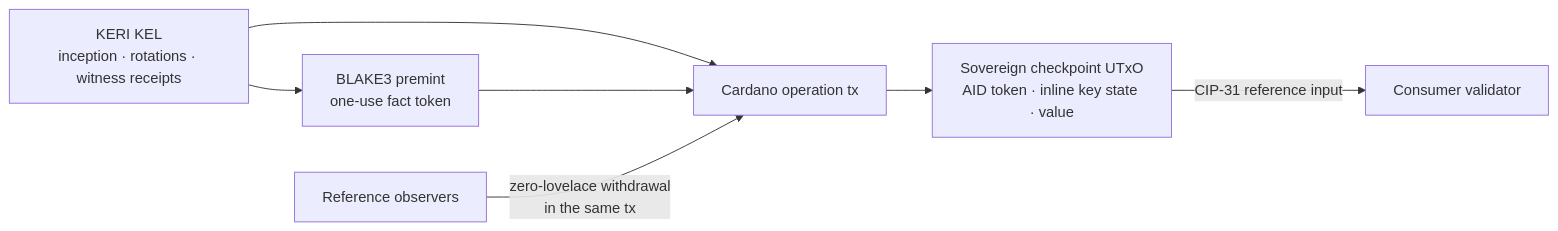
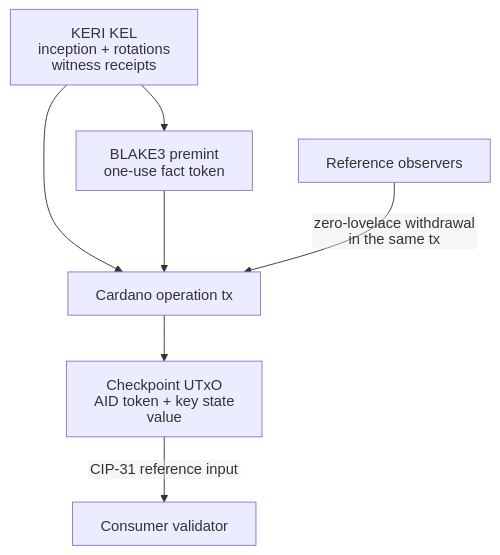
One commit to lambdasistemi/cardano-keri changed the second of 3 diagrams in docs/architecture/overview.md. Above: the diagram before and after it, drawn with Mermaid. The commit also changed other lines of this file and 2 other files, not shown here.

Commit message:
docs: keep diagram labels inside their boxes

````diff
--- a/docs/architecture/overview.md
+++ b/docs/architecture/overview.md
@@ -72,16 +76,20 @@
 ```mermaid
-flowchart LR
-    KEL["KERI KEL<br/>inception · rotations · witness receipts"]
+---
+config:
+  htmlLabels: false
+---
+flowchart TD
+    KEL["KERI KEL<br/>inception + rotations<br/>witness receipts"]
     PRE["BLAKE3 premint<br/>one-use fact token"]
     TX["Cardano operation tx"]
-    CK["Sovereign checkpoint UTxO<br/>AID token · inline key state · value"]
+    CK["Checkpoint UTxO<br/>AID token + key state<br/>value"]
     OBS["Reference observers"]
     APP["Consumer validator"]
 
     KEL --> PRE
     KEL --> TX
     PRE --> TX
     TX --> CK
     OBS -->|"zero-lovelace withdrawal<br/>in the same tx"| TX
     CK -->|"CIP-31 reference input"| APP
 ```
````
